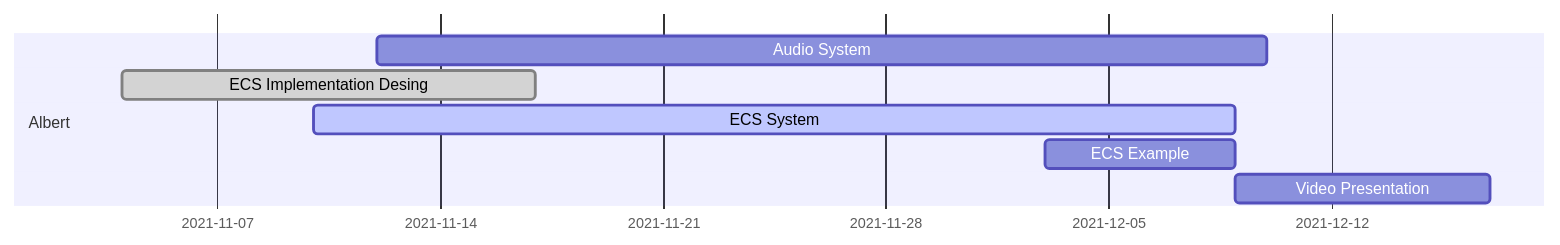
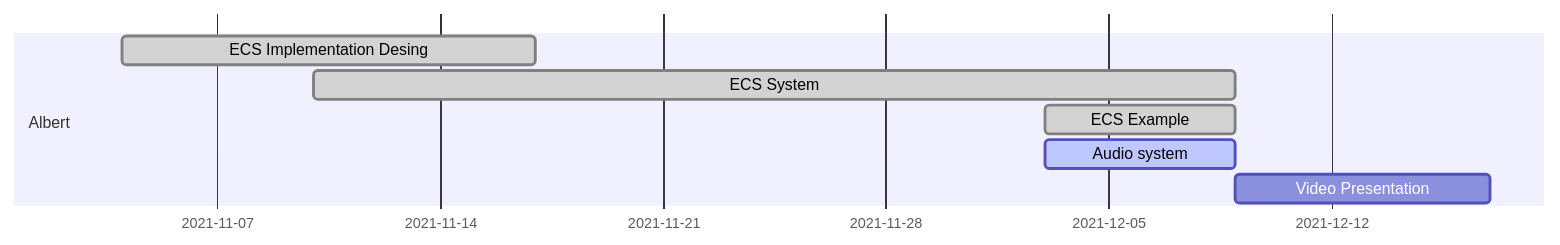
Before and after one commit to IlkkaTakala/Eril-Engine: the third of 7 diagrams in docs/ProjectPlan.md, drawn with Mermaid. The commit also changed other lines of this file, not shown here.

Commit message:
Updated timelines

````diff
--- a/docs/ProjectPlan.md
+++ b/docs/ProjectPlan.md
@@ -89,11 +90,11 @@
 ```mermaid
 gantt
 dateFormat  DD-MM
 
 section Albert
-Audio System            :         ades1, 12-11, 28d
 ECS Implementation Desing:done,   ades2, 04-11, 13d
-ECS System              :active,  ades3, 10-11, 09-12
-ECS Example             :         ades4, 03-12, 09-12
+ECS System              :done,    ades3, 10-11, 09-12
+ECS Example             :done,    ades4, 03-12, 09-12
+Audio system            :active,  ades6, 03-12, 09-12
 Video Presentation      :         ades5, 09-12, 17-12
 ```
````
